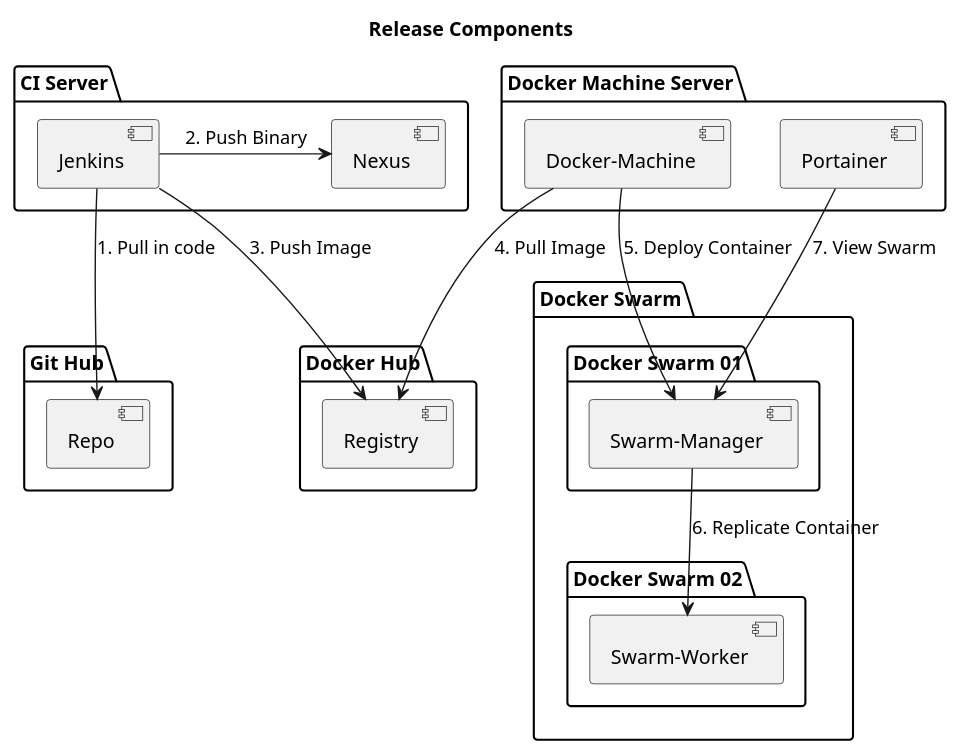
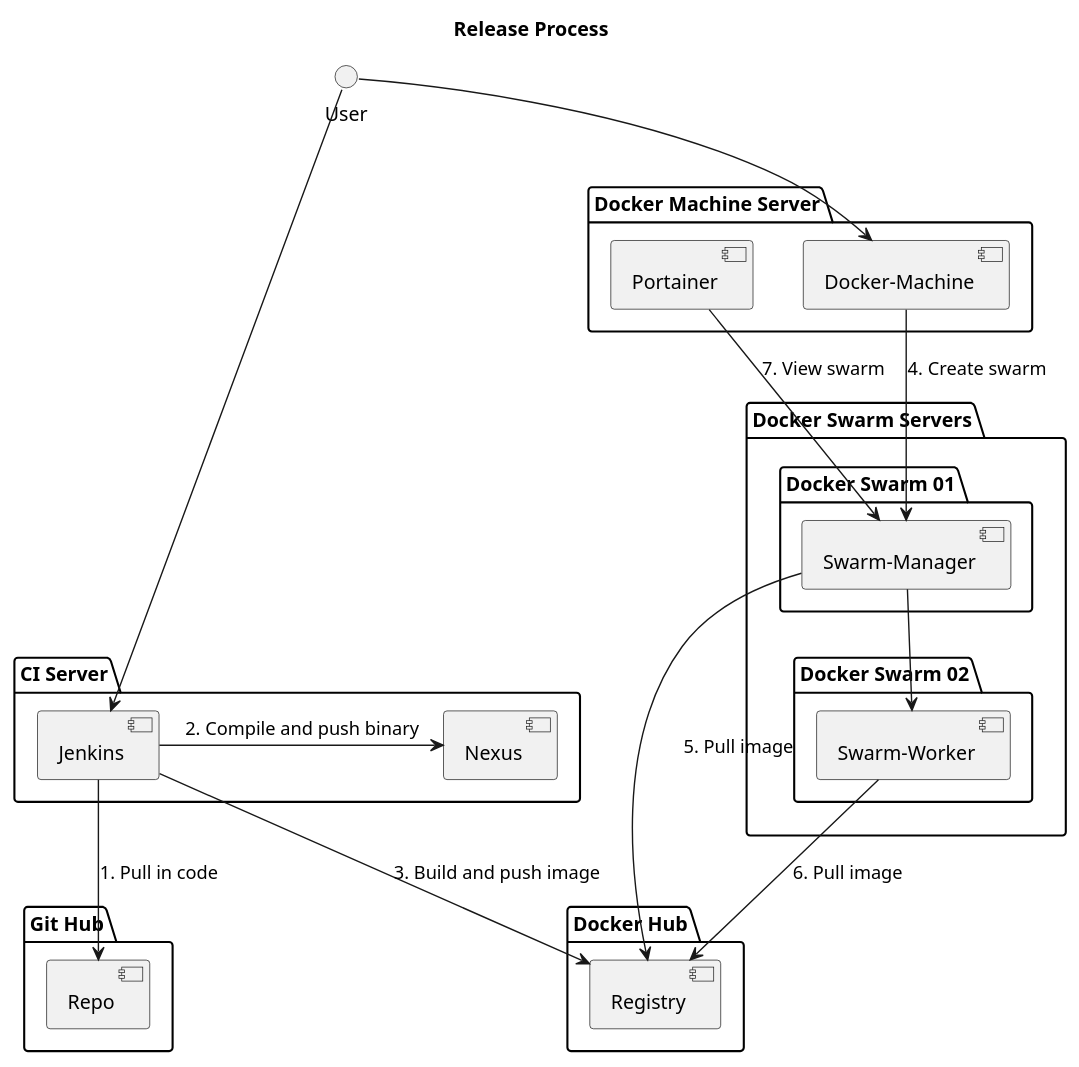
The diagram in diagrams/process.puml (polinchw/docker-release-guide), drawn with PlantUML before and after one commit.

Commit message:
Adding plant diagram.

```diff
--- a/diagrams/process.puml
+++ b/diagrams/process.puml
@@ -1,39 +1,44 @@
 @startuml
 
-title Release Components
+title Release Process
+
+
 
 package "Git Hub" {
 [Repo]
 }
 
 package "CI Server" {
-[Jenkins] -> [Nexus] : 2. Push Binary
+[Jenkins] -> [Nexus] : 2. Compile and push binary
 }
 
 package "Docker Hub" {
 [Registry]
 }
 
 package "Docker Machine Server" {
+[Docker-Machine]
 [Portainer]
-[Docker-Machine]
 }
 
-package "Docker Swarm" {
+package "Docker Swarm Servers" {
   package "Docker Swarm 01" {
   [Swarm-Manager]
   }
 
   package "Docker Swarm 02" {
   [Swarm-Worker]
   }
 }
+() User --> [Jenkins]
+() User --> [Docker-Machine]
 [Jenkins] --> Repo : 1. Pull in code
-[Jenkins] --> Registry : 3. Push Image
-[Docker-Machine] --> Registry : 4. Pull Image
-[Docker-Machine] --> [Swarm-Manager] : 5. Deploy Container
-[Swarm-Manager] --> [Swarm-Worker] : 6. Replicate Container
-[Portainer] --> [Swarm-Manager] : 7. View Swarm
+[Jenkins] --> Registry : 3. Build and push image
+[Docker-Machine] --> [Swarm-Manager] : 4. Create swarm
+[Swarm-Manager] --> [Swarm-Worker]
+[Swarm-Manager] --> [Registry] : 5. Pull image
+[Swarm-Worker] --> [Registry] : 6. Pull image
+[Portainer] --> [Swarm-Manager] : 7. View swarm
 
 
 @enduml
```
